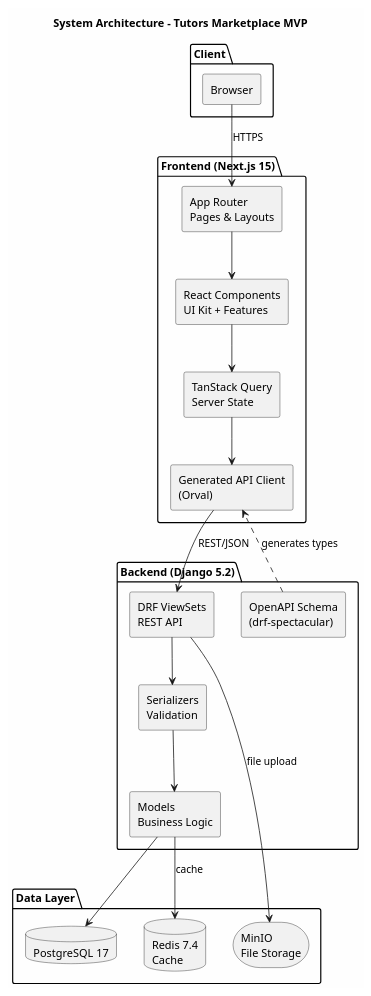
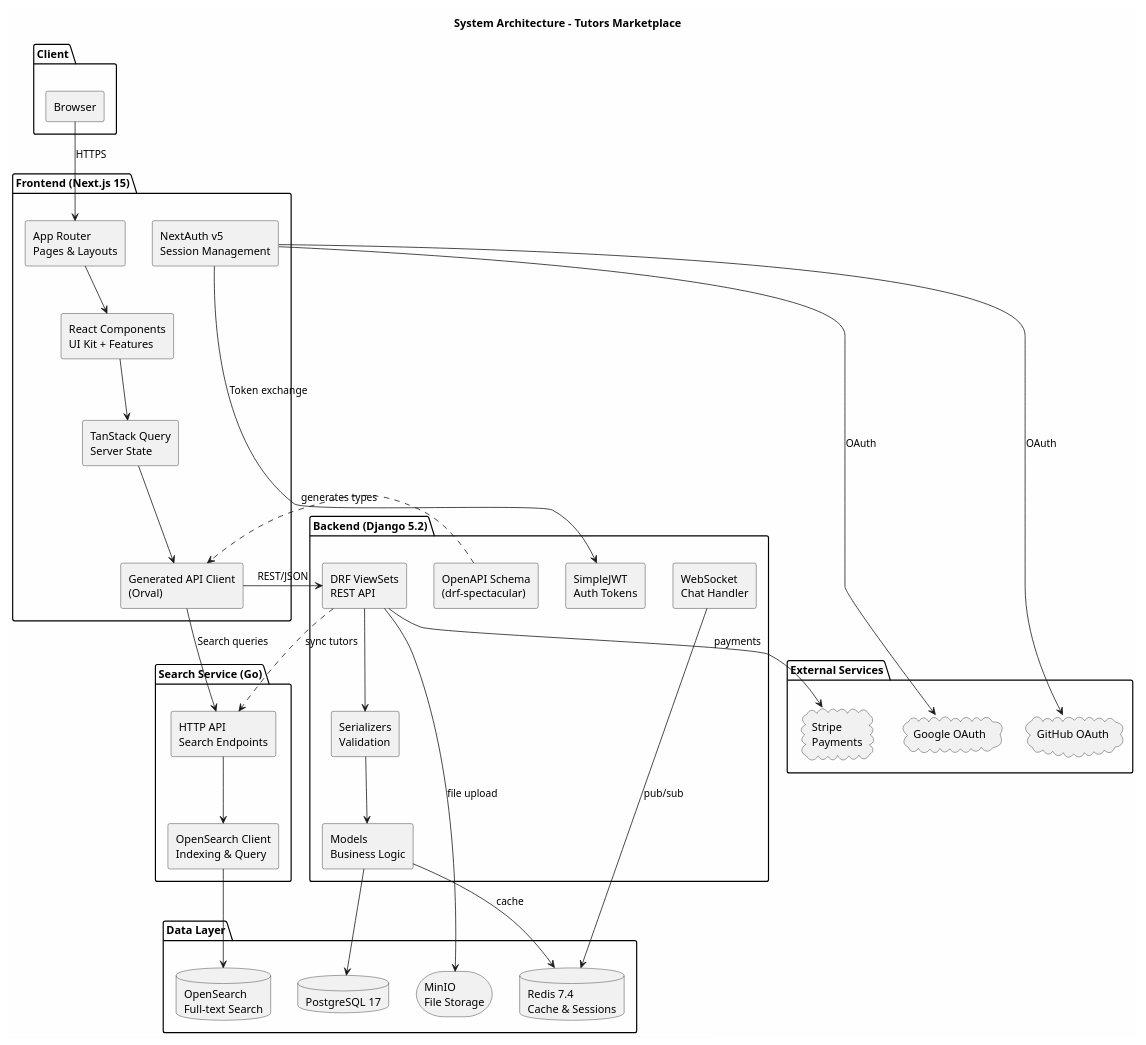
Before and after one commit to DmitryDubovikov/nextjs-django-tutors: the first of 7 diagrams in solution-design/diagrams.puml, drawn with PlantUML. The commit also changed other lines of this file and 2 other files, not shown here.

```diff
--- a/solution-design/diagrams.puml
+++ b/solution-design/diagrams.puml
@@ -1,43 +1,70 @@
 @startuml component
-title System Architecture - Tutors Marketplace MVP
+title System Architecture - Tutors Marketplace
 
 skinparam componentStyle rectangle
 skinparam backgroundColor #FEFEFE
 
 package "Client" {
     [Browser] as browser
 }
 
 package "Frontend (Next.js 15)" {
     [App Router\nPages & Layouts] as pages
     [React Components\nUI Kit + Features] as components
     [TanStack Query\nServer State] as query
     [Generated API Client\n(Orval)] as client
+    [NextAuth v5\nSession Management] as nextauth
 }
 
 package "Backend (Django 5.2)" {
     [DRF ViewSets\nREST API] as api
     [Serializers\nValidation] as serializers
     [Models\nBusiness Logic] as models
+    [SimpleJWT\nAuth Tokens] as jwt
     [OpenAPI Schema\n(drf-spectacular)] as schema
+    [WebSocket\nChat Handler] as websocket
+}
+
+package "Search Service (Go)" {
+    [HTTP API\nSearch Endpoints] as searchapi
+    [OpenSearch Client\nIndexing & Query] as osclient
 }
 
 package "Data Layer" {
     database "PostgreSQL 17" as db
-    database "Redis 7.4\nCache" as redis
+    database "Redis 7.4\nCache & Sessions" as redis
+    database "OpenSearch\nFull-text Search" as opensearch
     storage "MinIO\nFile Storage" as minio
+}
+
+package "External Services" {
+    cloud "Google OAuth" as google
+    cloud "GitHub OAuth" as github
+    cloud "Stripe\nPayments" as stripe
 }
 
 browser --> pages : HTTPS
 pages --> components
 components --> query
 query --> client
 client --> api : REST/JSON
+client --> searchapi : Search queries
+nextauth --> jwt : Token exchange
+nextauth --> google : OAuth
+nextauth --> github : OAuth
+
 api --> serializers
 serializers --> models
 models --> db
 models --> redis : cache
 api --> minio : file upload
+api --> stripe : payments
+websocket --> redis : pub/sub
+
+searchapi --> osclient
+osclient --> opensearch
+api ..> searchapi : sync tutors
+
 schema ..> client : generates types
 
 @enduml
```
